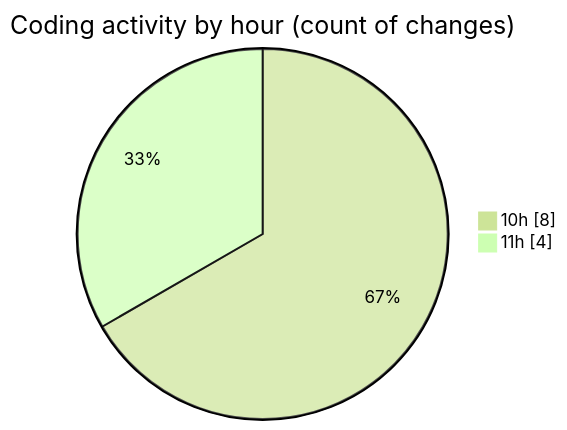
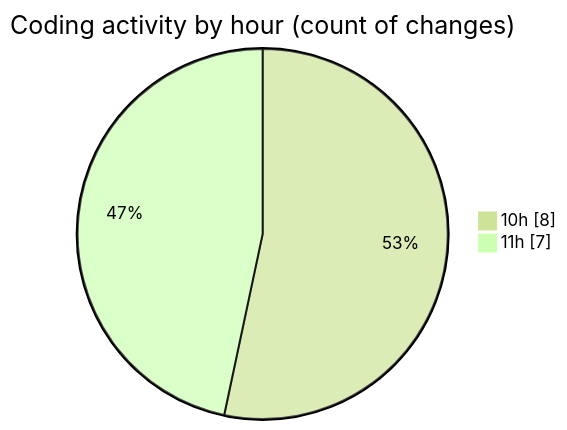
Before and after one commit to nxtqubesakshisongat/code-tracking: the second of 2 diagrams in 2026-02-02/nxtqube_webapp/README.md, drawn with Mermaid (forest theme). The commit also changed other lines of this file and 1 other file, not shown here.

````diff
--- a/2026-02-02/nxtqube_webapp/README.md
+++ b/2026-02-02/nxtqube_webapp/README.md
@@ -28,6 +28,6 @@
 ```mermaid
 pie showData
 title Coding activity by hour (count of changes)
 "10h" : 8
-"11h" : 4
+"11h" : 7
 ```
````
